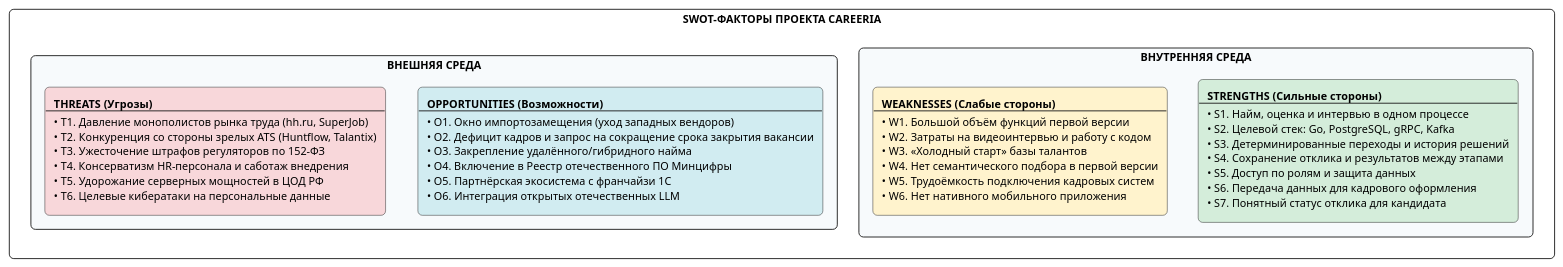
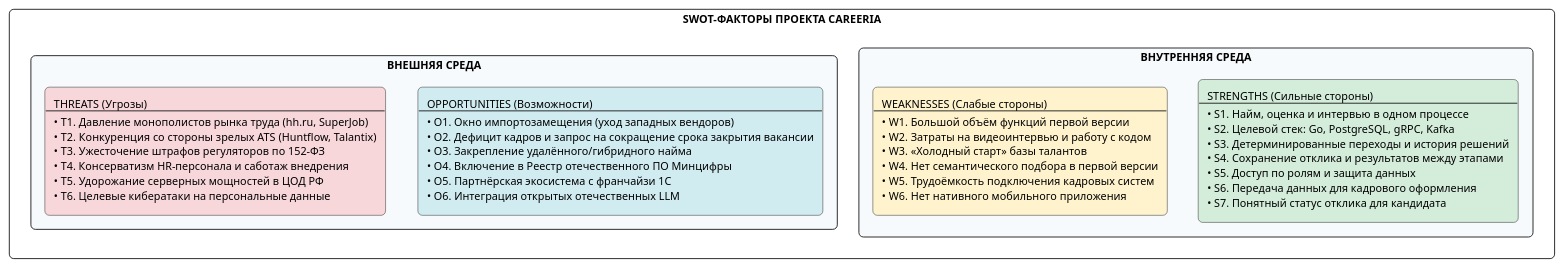
The first of 4 diagrams in docs/project/01-general/03-swot-analysis.md (krackl1n/careeria), drawn with PlantUML before and after one commit. The commit also changed other lines of this file and 2 other files, not shown here.

````diff
--- a/docs/project/01-general/03-swot-analysis.md
+++ b/docs/project/01-general/03-swot-analysis.md
@@ -33,21 +33,21 @@
 ```plantuml
 @startuml
 skinparam rectangle {
   RoundCorner 10
   FontName Arial
   FontSize 12
 }
 
 rectangle "SWOT-ФАКТОРЫ ПРОЕКТА CAREERIA" as SWOTRoot {
   rectangle "ВНУТРЕННЯЯ СРЕДА" as Internal #F7FAFC {
-    rectangle "**STRENGTHS (Сильные стороны)**\n---\n• S1. Найм, оценка и интервью в одном процессе\n• S2. Целевой стек: Go, PostgreSQL, gRPC, Kafka\n• S3. Детерминированные переходы и история решений\n• S4. Сохранение отклика и результатов между этапами\n• S5. Доступ по ролям и защита данных\n• S6. Передача данных для кадрового оформления\n• S7. Понятный статус отклика для кандидата" as S #D4EDDA
-    rectangle "**WEAKNESSES (Слабые стороны)**\n---\n• W1. Большой объём функций первой версии\n• W2. Затраты на видеоинтервью и работу с кодом\n• W3. «Холодный старт» базы талантов\n• W4. Нет семантического подбора в первой версии\n• W5. Трудоёмкость подключения кадровых систем\n• W6. Нет нативного мобильного приложения" as W #FFF3CD
+    rectangle "STRENGTHS (Сильные стороны)\n---\n• S1. Найм, оценка и интервью в одном процессе\n• S2. Целевой стек: Go, PostgreSQL, gRPC, Kafka\n• S3. Детерминированные переходы и история решений\n• S4. Сохранение отклика и результатов между этапами\n• S5. Доступ по ролям и защита данных\n• S6. Передача данных для кадрового оформления\n• S7. Понятный статус отклика для кандидата" as S #D4EDDA
+    rectangle "WEAKNESSES (Слабые стороны)\n---\n• W1. Большой объём функций первой версии\n• W2. Затраты на видеоинтервью и работу с кодом\n• W3. «Холодный старт» базы талантов\n• W4. Нет семантического подбора в первой версии\n• W5. Трудоёмкость подключения кадровых систем\n• W6. Нет нативного мобильного приложения" as W #FFF3CD
   }
 
   rectangle "ВНЕШНЯЯ СРЕДА" as External #F7FAFC {
-    rectangle "**OPPORTUNITIES (Возможности)**\n---\n• O1. Окно импортозамещения (уход западных вендоров)\n• O2. Дефицит кадров и запрос на сокращение срока закрытия вакансии\n• O3. Закрепление удалённого/гибридного найма\n• O4. Включение в Реестр отечественного ПО Минцифры\n• O5. Партнёрская экосистема с франчайзи 1С\n• O6. Интеграция открытых отечественных LLM" as O #D1ECF1
-    rectangle "**THREATS (Угрозы)**\n---\n• T1. Давление монополистов рынка труда (hh.ru, SuperJob)\n• T2. Конкуренция со стороны зрелых ATS (Huntflow, Talantix)\n• T3. Ужесточение штрафов регуляторов по 152-ФЗ\n• T4. Консерватизм HR-персонала и саботаж внедрения\n• T5. Удорожание серверных мощностей в ЦОД РФ\n• T6. Целевые кибератаки на персональные данные" as T #F8D7DA
+    rectangle "OPPORTUNITIES (Возможности)\n---\n• O1. Окно импортозамещения (уход западных вендоров)\n• O2. Дефицит кадров и запрос на сокращение срока закрытия вакансии\n• O3. Закрепление удалённого/гибридного найма\n• O4. Включение в Реестр отечественного ПО Минцифры\n• O5. Партнёрская экосистема с франчайзи 1С\n• O6. Интеграция открытых отечественных LLM" as O #D1ECF1
+    rectangle "THREATS (Угрозы)\n---\n• T1. Давление монополистов рынка труда (hh.ru, SuperJob)\n• T2. Конкуренция со стороны зрелых ATS (Huntflow, Talantix)\n• T3. Ужесточение штрафов регуляторов по 152-ФЗ\n• T4. Консерватизм HR-персонала и саботаж внедрения\n• T5. Удорожание серверных мощностей в ЦОД РФ\n• T6. Целевые кибератаки на персональные данные" as T #F8D7DA
   }
 }
 @enduml
 ```
````
